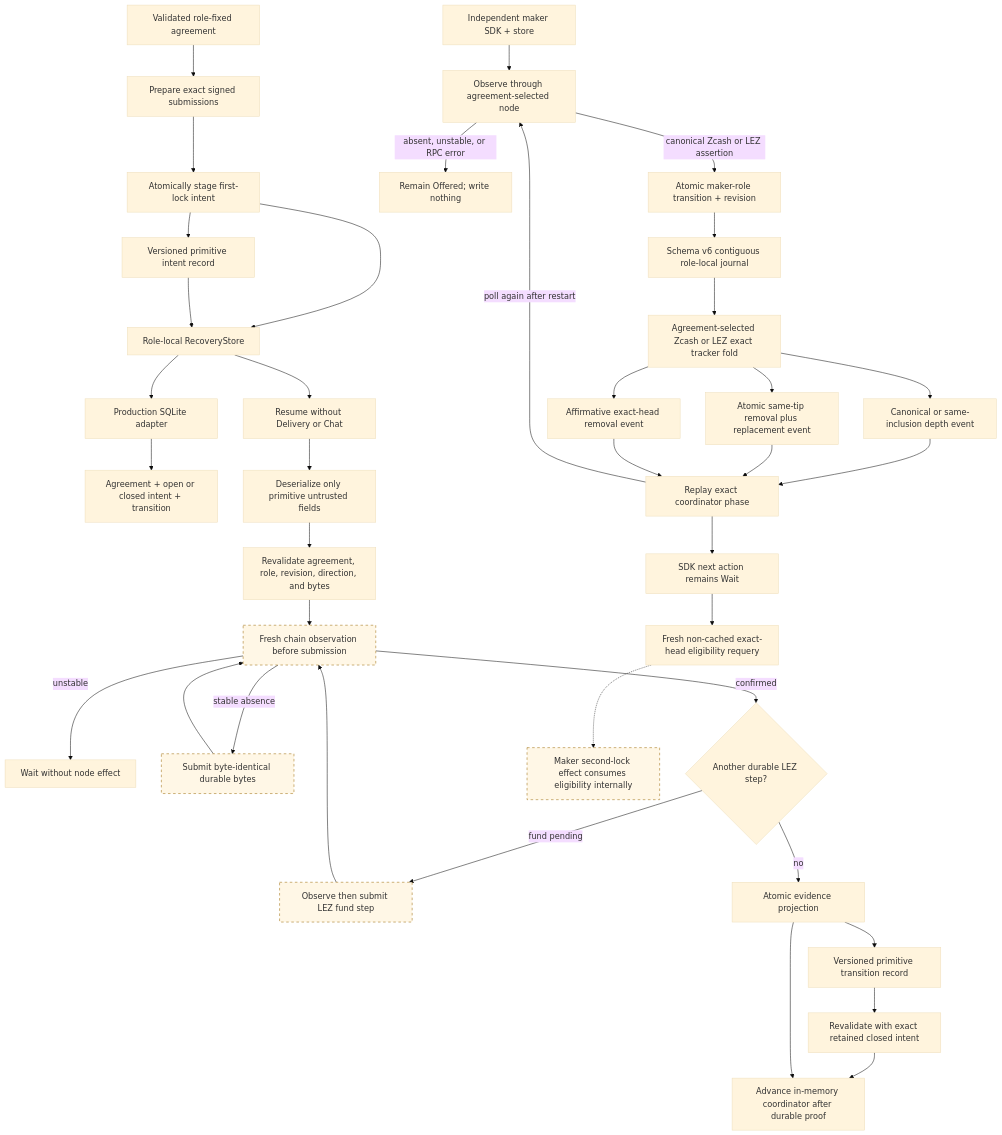
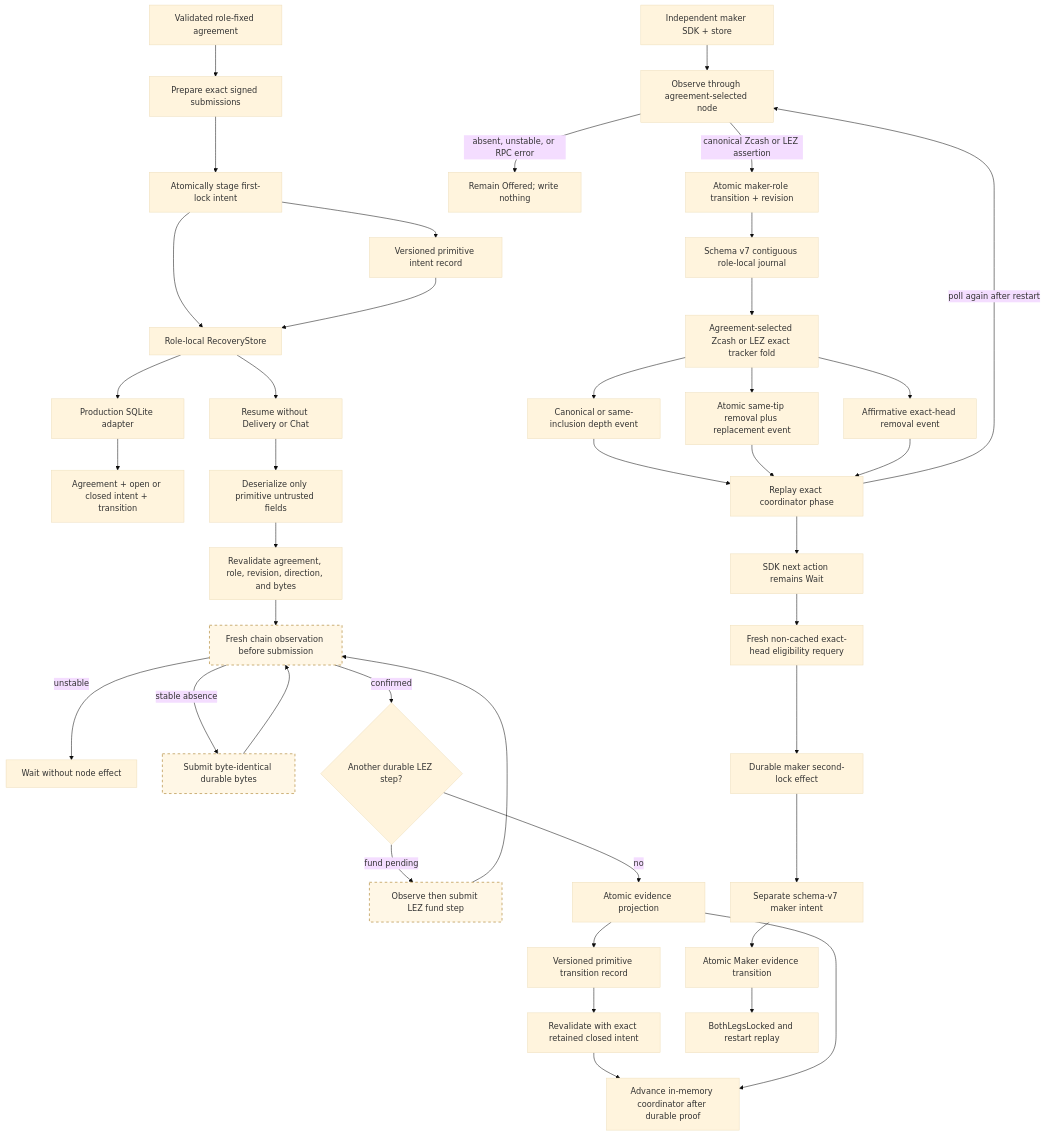
The diagram in docs/architecture/0017-crash-safe-first-lock-intent.md (gateway-fm/lez-atomic-swaps), drawn with Mermaid (base theme) before and after one commit. The commit also changed other lines of this file and 24 other files, not shown here.

Commit message:
feat: persist fresh-gated maker locks

````diff
--- a/docs/architecture/0017-crash-safe-first-lock-intent.md
+++ b/docs/architecture/0017-crash-safe-first-lock-intent.md
@@ -8,44 +7,47 @@
 ```mermaid
 flowchart TB
     Accepted["Validated role-fixed agreement"] --> Prepare["Prepare exact signed submissions"]
     Prepare --> Stage["Atomically stage first-lock intent"]
     Stage --> Durable["Role-local RecoveryStore"]
     Stage --> Encode["Versioned primitive intent record"]
     Encode --> Durable
     Durable --> SQLite["Production SQLite adapter"]
     SQLite --> Tables["Agreement + open or closed intent + transition"]
     Durable --> Restart["Resume without Delivery or Chat"]
     Restart --> Decode["Deserialize only primitive untrusted fields"]
     Decode --> Revalidate["Revalidate agreement, role, revision, direction, and bytes"]
     Revalidate --> Observe["Fresh chain observation before submission"]
     Observe -->|"unstable"| Wait["Wait without node effect"]
     Observe -->|"stable absence"| Submit["Submit byte-identical durable bytes"]
     Submit --> Observe
     Observe -->|"confirmed"| Next{"Another durable LEZ step?"}
     Next -->|"fund pending"| Fund["Observe then submit LEZ fund step"]
     Fund --> Observe
     Next -->|"no"| Projection["Atomic evidence projection"]
     Projection --> Transition["Versioned primitive transition record"]
     Transition --> ClosedIntent["Revalidate with exact retained closed intent"]
     ClosedIntent --> Core
     Projection --> Core["Advance in-memory coordinator after durable proof"]
 
     Maker["Independent maker SDK + store"] --> MakerObserve["Observe through agreement-selected node"]
     MakerObserve -->|"absent, unstable, or RPC error"| MakerWait["Remain Offered; write nothing"]
     MakerObserve -->|"canonical Zcash or LEZ assertion"| MakerProjection["Atomic maker-role transition + revision"]
-    MakerProjection --> Journal["Schema v6 contiguous role-local journal"]
+    MakerProjection --> Journal["Schema v7 contiguous role-local journal"]
     Journal --> Tracker["Agreement-selected Zcash or LEZ exact tracker fold"]
     Tracker --> Canonical["Canonical or same-inclusion depth event"]
     Tracker --> Replaced["Atomic same-tip removal plus replacement event"]
     Tracker --> Removed["Affirmative exact-head removal event"]
     Canonical --> MakerCore["Replay exact coordinator phase"]
     Replaced --> MakerCore
     Removed --> MakerCore
     MakerCore -->|"poll again after restart"| MakerObserve
     MakerCore --> Gate["SDK next action remains Wait"]
     Gate --> Fresh["Fresh non-cached exact-head eligibility requery"]
-    Fresh -.-> MakerEffect["Maker second-lock effect consumes eligibility internally"]
+    Fresh --> MakerEffect["Durable maker second-lock effect"]
+    MakerEffect --> MakerIntent["Separate schema-v7 maker intent"]
+    MakerIntent --> MakerTransition["Atomic Maker evidence transition"]
+    MakerTransition --> MakerBoth["BothLegsLocked and restart replay"]
 
     classDef planned stroke-dasharray: 5 5,fill:#fff7e6,stroke:#9a6700;
-    class Observe,Submit,Fund,MakerEffect planned;
+    class Observe,Submit,Fund planned;
 ```
````
